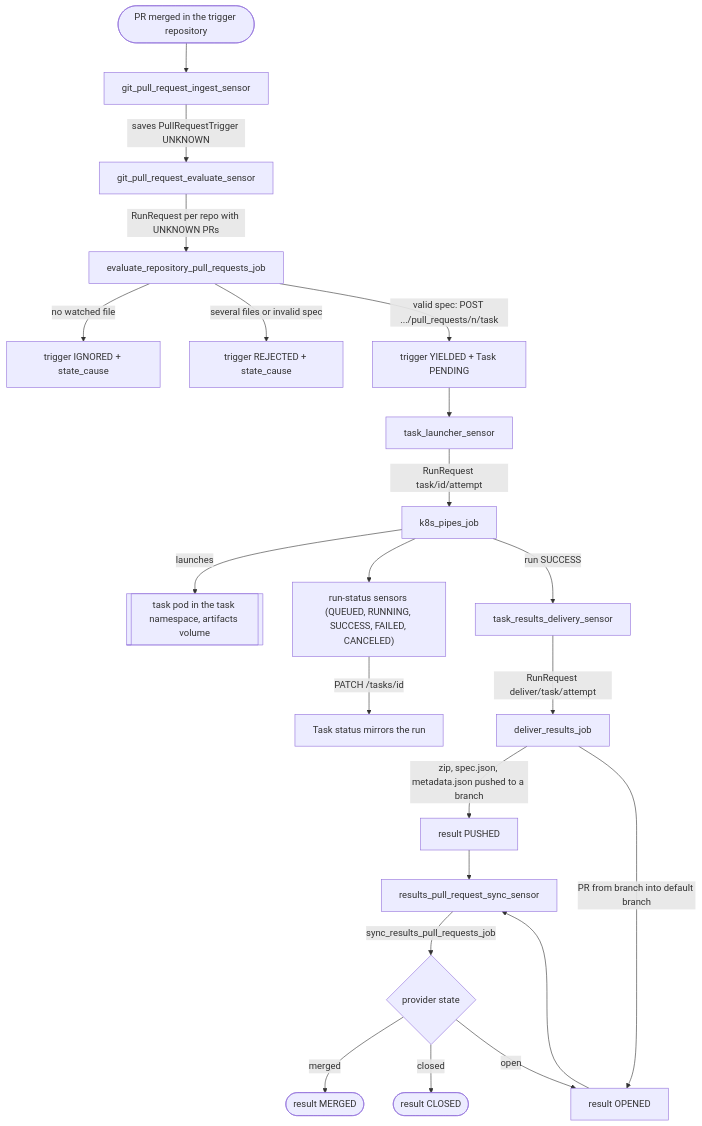
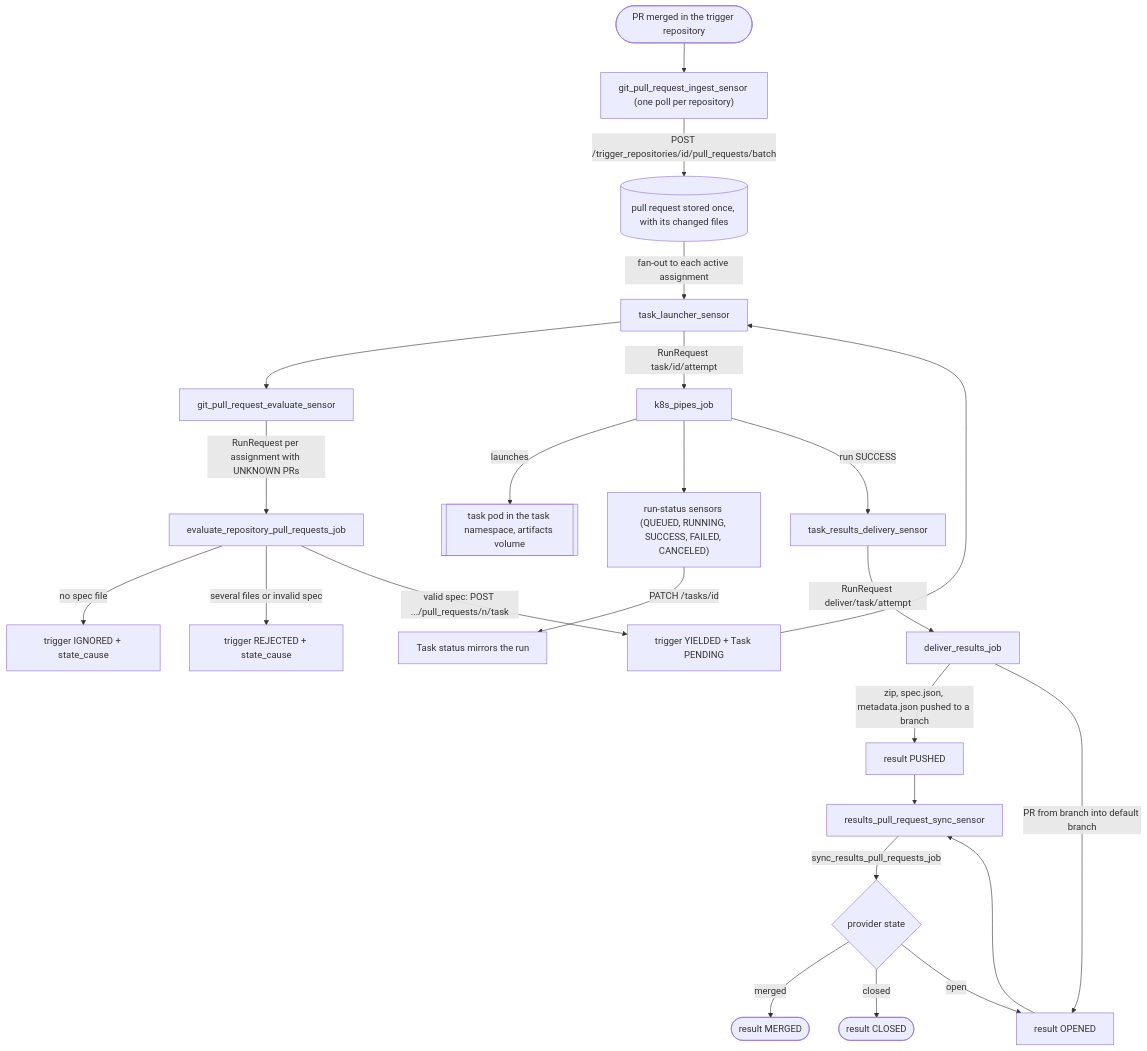
The first of 3 diagrams in docs/architecture/flows.md (Aridhia-Open-Source/PHEMS_federated_node), drawn with Mermaid before and after one commit. The commit also changed other lines of this file and 15 other files, not shown here.

````diff
--- a/docs/architecture/flows.md
+++ b/docs/architecture/flows.md
@@ -7,24 +7,26 @@
 ```mermaid
 flowchart TD
-    A([PR merged in the trigger repository]) --> B[git_pull_request_ingest_sensor]
-    B -->|"saves PullRequestTrigger UNKNOWN"| C[git_pull_request_evaluate_sensor]
-    C -->|"RunRequest per repo with UNKNOWN PRs"| D[evaluate_repository_pull_requests_job]
-    D -->|"no watched file"| I1[trigger IGNORED + state_cause]
+    A([PR merged in the trigger repository]) --> B["git_pull_request_ingest_sensor (one poll per repository)"]
+    B -->|"POST /trigger_repositories/id/pull_requests/batch"| S[("pull request stored once, with its changed files")]
+    S -->|"fan-out to each active assignment"| F["PullRequestTrigger per assignment: UNKNOWN, or IGNORED + state_cause"]
+    F --> C[git_pull_request_evaluate_sensor]
+    C -->|"RunRequest per assignment with UNKNOWN PRs"| D[evaluate_repository_pull_requests_job]
+    D -->|"no spec file"| I1[trigger IGNORED + state_cause]
     D -->|"several files or invalid spec"| I2[trigger REJECTED + state_cause]
     D -->|"valid spec: POST .../pull_requests/n/task"| E[trigger YIELDED + Task PENDING]
     E --> F[task_launcher_sensor]
     F -->|"RunRequest task/id/attempt"| G[k8s_pipes_job]
     G -->|"launches"| P[[task pod in the task namespace, artifacts volume]]
     G --> H["run-status sensors (QUEUED, RUNNING, SUCCESS, FAILED, CANCELED)"]
     H -->|"PATCH /tasks/id"| T[Task status mirrors the run]
     G -->|"run SUCCESS"| J[task_results_delivery_sensor]
     J -->|"RunRequest deliver/task/attempt"| K[deliver_results_job]
     K -->|"zip, spec.json, metadata.json pushed to a branch"| L[result PUSHED]
     K -->|"PR from branch into default branch"| M[result OPENED]
     M --> N[results_pull_request_sync_sensor]
     L --> N
     N -->|"sync_results_pull_requests_job"| O{provider state}
     O -->|merged| Q([result MERGED])
     O -->|closed| R([result CLOSED])
     O -->|open| M
 ```
````
